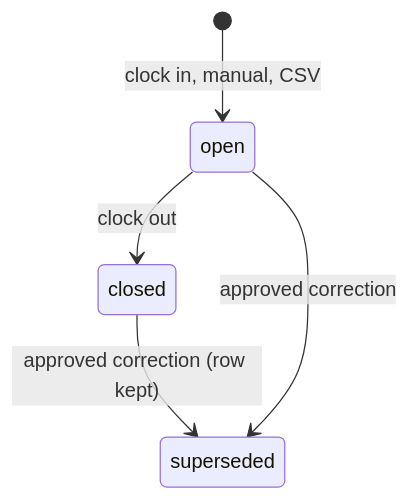
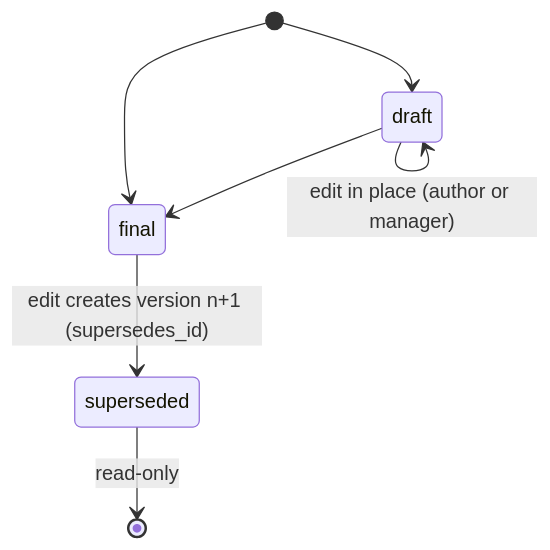
The ninth of 17 diagrams in apps/business-ops-os/docs/WORKFLOWS.md (team832/Elevate-OS), drawn with Mermaid before and after one commit. The commit also changed other lines of this file and 773 other files, not shown here.

````diff
--- a/apps/business-ops-os/docs/WORKFLOWS.md
+++ b/apps/business-ops-os/docs/WORKFLOWS.md
@@ -189,7 +183,9 @@
 ```mermaid
 stateDiagram-v2
-  [*] --> open: clock in, manual, CSV
-  open --> closed: clock out
-  closed --> superseded: approved correction (row kept)
-  open --> superseded: approved correction
+  [*] --> draft
+  [*] --> final
+  draft --> draft: edit in place (author or manager)
+  draft --> final
+  final --> superseded: edit creates version n+1 (supersedes_id)
+  superseded --> [*]: read-only
 ```
````
